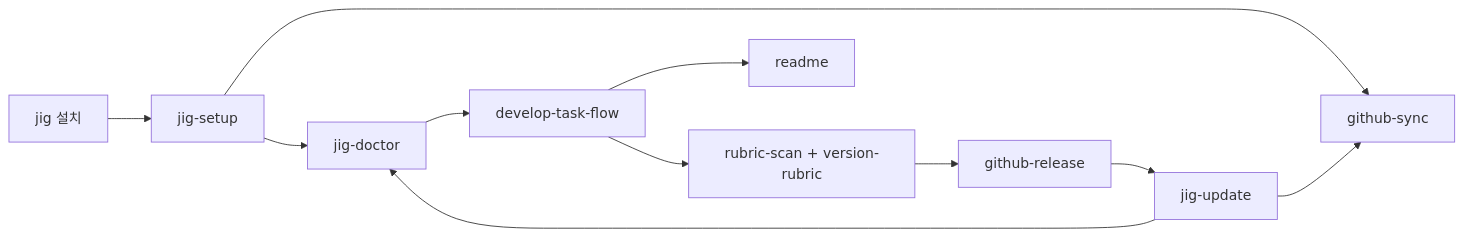
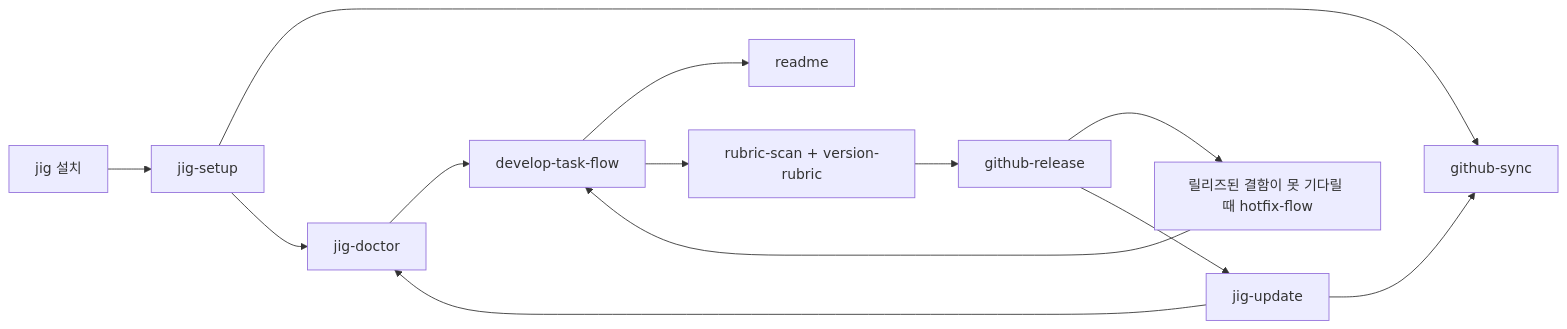
The diagram in docs/ko/skills/index.md (0x0w1/jig), drawn with Mermaid before and after one commit. The commit also changed other lines of this file and 43 other files, not shown here.

First line of the commit message:
feat: 릴리즈된 결함을 먼저 내보내는 hotfix-flow를 추가합니다

````diff
--- a/docs/ko/skills/index.md
+++ b/docs/ko/skills/index.md
@@ -11,13 +11,15 @@
 ```mermaid
 flowchart LR
     Install[jig 설치] --> Setup[jig-setup]
     Setup --> Sync[github-sync]
     Setup --> Doctor[jig-doctor]
     Doctor --> Work[develop-task-flow]
     Work --> Readme[readme]
     Work --> Rubric[rubric-scan + version-rubric]
     Rubric --> Release[github-release]
+    Release --> Hotfix[릴리즈된 결함이 못 기다릴 때 hotfix-flow]
+    Hotfix --> Work
     Release --> Update[jig-update]
     Update --> Sync
     Update --> Doctor
 ```
````
